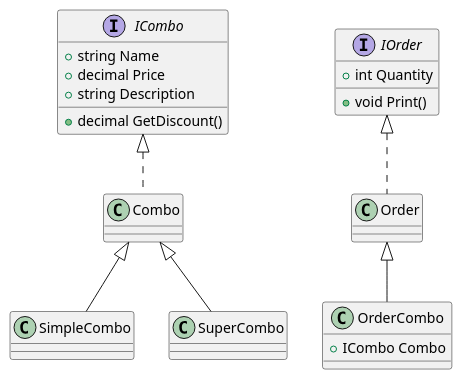
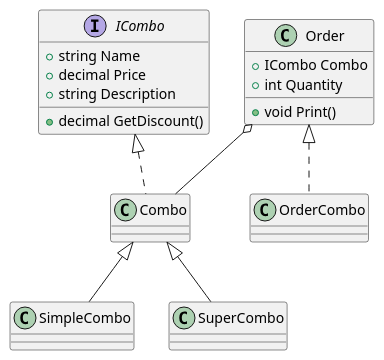
One commit to devsinsight/bridge-pattern changed the diagram in diagram.wsd. Above: the diagram before and after it, drawn with PlantUML. The commit also changed 13 other files, not shown here.

```diff
--- a/diagram.wsd
+++ b/diagram.wsd
@@ -1,25 +1,24 @@
 @startuml
 interface ICombo {
     + string Name
     + decimal Price
     + string Description
     
     + decimal GetDiscount()
 }
 
-interface IOrder {
+class Order {
+    + ICombo Combo
     + int Quantity
 
     + void Print()
 }
 
-class OrderCombo extends Order {
-    + ICombo Combo
-}
 
 ICombo <|.. Combo
-IOrder <|.. Order
+Order <|.. OrderCombo
 Combo <|-- SimpleCombo
 Combo <|-- SuperCombo
+Order o-- Combo
 
 @enduml
```
